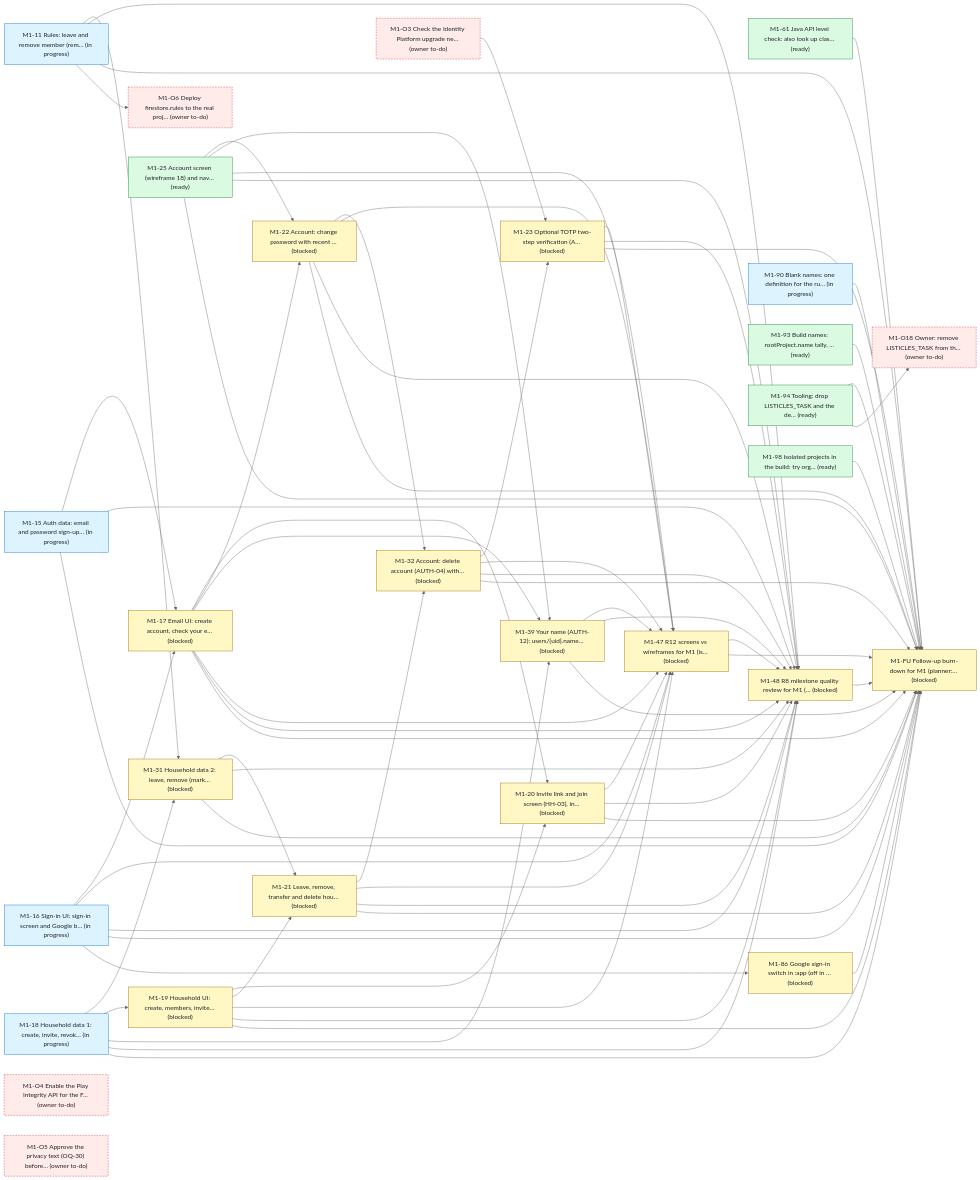
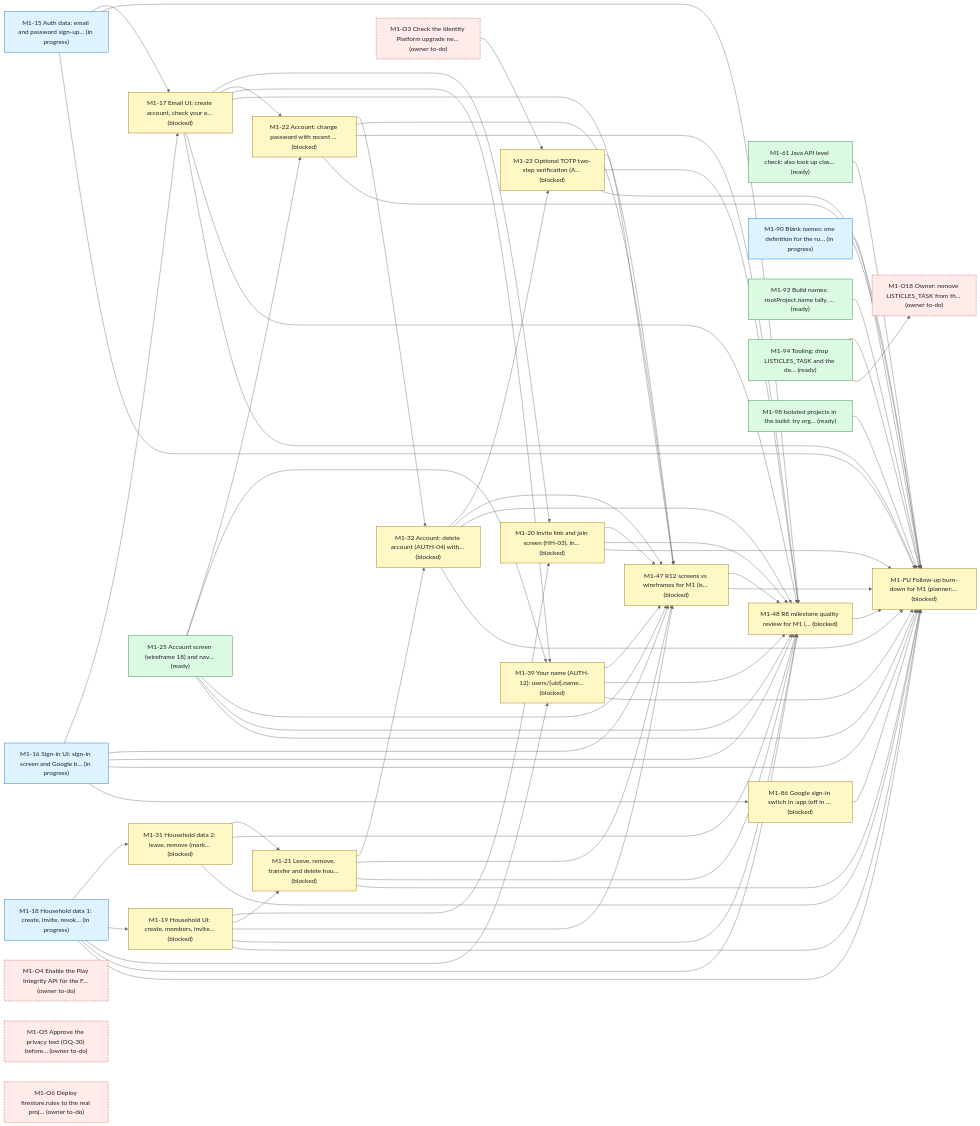
The first of 4 diagrams in status.md (bondo/listicles2), drawn with Mermaid (neutral theme) before and after one commit. The commit also changed other lines of this file and 3 other files, not shown here.

````diff
--- a/status.md
+++ b/status.md
@@ -243,101 +243,96 @@
 ```mermaid
 flowchart LR
-    n0["M1-11 Rules: leave and remove member (rem… (in progress)"]:::progress
-    n1["M1-15 Auth data: email and password sign-up… (in progress)"]:::progress
-    n2["M1-16 Sign-in UI: sign-in screen and Google b… (in progress)"]:::progress
-    n3["M1-17 Email UI: create account, check your e… (blocked)"]:::blocked
-    n4["M1-18 Household data 1: create, invite, revok… (in progress)"]:::progress
-    n5["M1-31 Household data 2: leave, remove (mark… (blocked)"]:::blocked
-    n6["M1-19 Household UI: create, members, invite… (blocked)"]:::blocked
-    n7["M1-20 Invite link and join screen (HH-03), in… (blocked)"]:::blocked
-    n8["M1-21 Leave, remove, transfer and delete hou… (blocked)"]:::blocked
-    n9["M1-22 Account: change password with recent … (blocked)"]:::blocked
-    n10["M1-32 Account: delete account (AUTH-04) with… (blocked)"]:::blocked
-    n11["M1-23 Optional TOTP two-step verification (A… (blocked)"]:::blocked
-    n12["M1-25 Account screen (wireframe 18) and nav… (ready)"]:::ready
-    n13["M1-61 Java API level check: also look up clas… (ready)"]:::ready
-    n14["M1-39 Your name (AUTH-12): users/{uid}.name… (blocked)"]:::blocked
-    n15["M1-47 R12 screens vs wireframes for M1 (is… (blocked)"]:::blocked
-    n16["M1-48 R8 milestone quality review for M1 (… (blocked)"]:::blocked
-    n17["M1-FU Follow-up burn-down for M1 (planner:… (blocked)"]:::blocked
-    n18["M1-O3 Check the Identity Platform upgrade ne… (owner to-do)"]:::owner
-    n19["M1-O4 Enable the Play Integrity API for the F… (owner to-do)"]:::owner
-    n20["M1-O5 Approve the privacy text (OQ-30) before… (owner to-do)"]:::owner
-    n21["M1-O6 Deploy firestore.rules to the real proj… (owner to-do)"]:::owner
-    n22["M1-86 Google sign-in switch in :app (off in … (blocked)"]:::blocked
-    n23["M1-90 Blank names: one definition for the ru… (in progress)"]:::progress
-    n24["M1-93 Build names: rootProject.name tally, … (ready)"]:::ready
-    n25["M1-94 Tooling: drop LISTICLES_TASK and the de… (ready)"]:::ready
-    n26["M1-98 Isolated projects in the build: try org… (ready)"]:::ready
-    n27["M1-O18 Owner: remove LISTICLES_TASK from th… (owner to-do)"]:::owner
-    n1 --> n3
-    n2 --> n3
-    n0 --> n5
-    n4 --> n5
-    n4 --> n6
-    n6 --> n7
-    n3 --> n7
-    n6 --> n8
-    n5 --> n8
-    n3 --> n9
-    n12 --> n9
+    n0["M1-15 Auth data: email and password sign-up… (in progress)"]:::progress
+    n1["M1-16 Sign-in UI: sign-in screen and Google b… (in progress)"]:::progress
+    n2["M1-17 Email UI: create account, check your e… (blocked)"]:::blocked
+    n3["M1-18 Household data 1: create, invite, revok… (in progress)"]:::progress
+    n4["M1-31 Household data 2: leave, remove (mark… (blocked)"]:::blocked
+    n5["M1-19 Household UI: create, members, invite… (blocked)"]:::blocked
+    n6["M1-20 Invite link and join screen (HH-03), in… (blocked)"]:::blocked
+    n7["M1-21 Leave, remove, transfer and delete hou… (blocked)"]:::blocked
+    n8["M1-22 Account: change password with recent … (blocked)"]:::blocked
+    n9["M1-32 Account: delete account (AUTH-04) with… (blocked)"]:::blocked
+    n10["M1-23 Optional TOTP two-step verification (A… (blocked)"]:::blocked
+    n11["M1-25 Account screen (wireframe 18) and nav… (ready)"]:::ready
+    n12["M1-61 Java API level check: also look up clas… (ready)"]:::ready
+    n13["M1-39 Your name (AUTH-12): users/{uid}.name… (blocked)"]:::blocked
+    n14["M1-47 R12 screens vs wireframes for M1 (is… (blocked)"]:::blocked
+    n15["M1-48 R8 milestone quality review for M1 (… (blocked)"]:::blocked
+    n16["M1-FU Follow-up burn-down for M1 (planner:… (blocked)"]:::blocked
+    n17["M1-O3 Check the Identity Platform upgrade ne… (owner to-do)"]:::owner
+    n18["M1-O4 Enable the Play Integrity API for the F… (owner to-do)"]:::owner
+    n19["M1-O5 Approve the privacy text (OQ-30) before… (owner to-do)"]:::owner
+    n20["M1-O6 Deploy firestore.rules to the real proj… (owner to-do)"]:::owner
+    n21["M1-86 Google sign-in switch in :app (off in … (blocked)"]:::blocked
+    n22["M1-90 Blank names: one definition for the ru… (in progress)"]:::progress
+    n23["M1-93 Build names: rootProject.name tally, … (ready)"]:::ready
+    n24["M1-94 Tooling: drop LISTICLES_TASK and the de… (ready)"]:::ready
+    n25["M1-98 Isolated projects in the build: try org… (ready)"]:::ready
+    n26["M1-O18 Owner: remove LISTICLES_TASK from th… (owner to-do)"]:::owner
+    n0 --> n2
+    n1 --> n2
+    n3 --> n4
+    n3 --> n5
+    n5 --> n6
+    n2 --> n6
+    n5 --> n7
+    n4 --> n7
+    n2 --> n8
+    n11 --> n8
+    n8 --> n9
+    n7 --> n9
     n9 --> n10
-    n8 --> n10
-    n10 --> n11
-    n18 --> n11
-    n4 --> n14
-    n3 --> n14
-    n12 --> n14
+    n17 --> n10
+    n3 --> n13
+    n2 --> n13
+    n11 --> n13
+    n1 --> n14
+    n2 --> n14
+    n5 --> n14
+    n6 --> n14
+    n7 --> n14
+    n8 --> n14
+    n10 --> n14
+    n11 --> n14
+    n9 --> n14
+    n13 --> n14
+    n0 --> n15
+    n1 --> n15
     n2 --> n15
     n3 --> n15
+    n5 --> n15
     n6 --> n15
     n7 --> n15
     n8 --> n15
+    n10 --> n15
+    n11 --> n15
+    n4 --> n15
     n9 --> n15
-    n11 --> n15
-    n12 --> n15
-    n10 --> n15
+    n13 --> n15
     n14 --> n15
+    n22 --> n16
+    n23 --> n16
+    n24 --> n16
+    n25 --> n16
     n0 --> n16
     n1 --> n16
     n2 --> n16
     n3 --> n16
-    n4 --> n16
+    n5 --> n16
     n6 --> n16
     n7 --> n16
     n8 --> n16
+    n10 --> n16
+    n11 --> n16
+    n4 --> n16
     n9 --> n16
-    n11 --> n16
-    n12 --> n16
-    n5 --> n16
-    n10 --> n16
+    n13 --> n16
     n14 --> n16
     n15 --> n16
-    n23 --> n17
-    n0 --> n17
-    n24 --> n17
-    n25 --> n17
-    n26 --> n17
-    n1 --> n17
-    n2 --> n17
-    n3 --> n17
-    n4 --> n17
-    n6 --> n17
-    n7 --> n17
-    n8 --> n17
-    n9 --> n17
-    n11 --> n17
-    n12 --> n17
-    n5 --> n17
-    n10 --> n17
-    n14 --> n17
-    n15 --> n17
-    n16 --> n17
-    n13 --> n17
-    n22 --> n17
-    n0 --> n21
-    n2 --> n22
-    n25 --> n27
+    n12 --> n16
+    n21 --> n16
+    n1 --> n21
+    n24 --> n26
     classDef ready fill:#dafbe1,stroke:#1a7f37,color:#1f2328
     classDef progress fill:#ddf4ff,stroke:#0969da,color:#1f2328
     classDef blocked fill:#fff8c5,stroke:#9a6700,color:#1f2328
````
